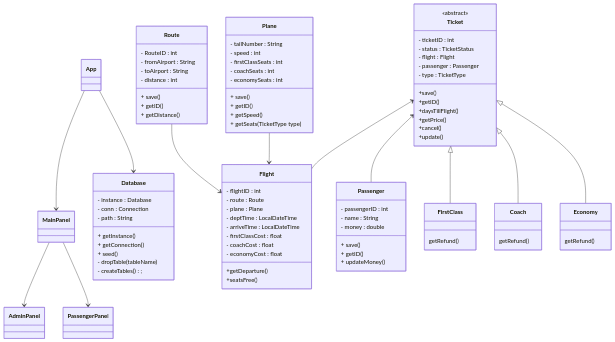
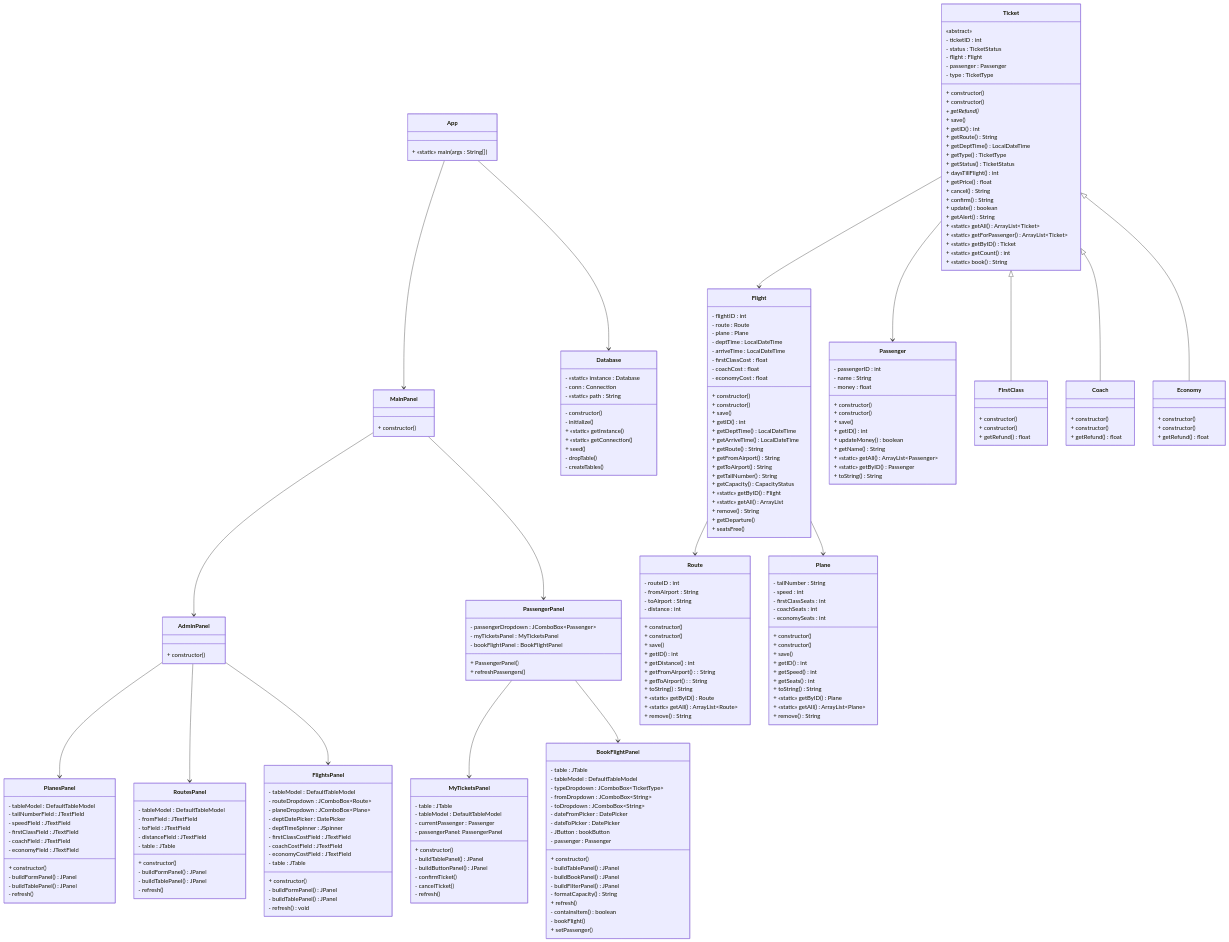
Before and after one commit to CaptainCaswell/COMP371-GroupProject: the diagram in Class Diagram.md, drawn with Mermaid.

Commit message:
Updated to match code.

````diff
--- a/Class Diagram.md
+++ b/Class Diagram.md
@@ -8,51 +8,145 @@
     MainPanel --> AdminPanel
     MainPanel --> PassengerPanel
 
-    Route --> Flight
-    Plane --> Flight
+    AdminPanel --> PlanesPanel
+    AdminPanel --> RoutesPanel
+    AdminPanel --> FlightsPanel
 
-    Ticket <-- Passenger
-    Ticket <-- Flight
+    PassengerPanel --> MyTicketsPanel
+    PassengerPanel --> BookFlightPanel
+
+    Flight --> Route
+    Flight --> Plane
+
+    Ticket --> Passenger
+    Ticket --> Flight
 
     Ticket <|-- FirstClass
     Ticket <|-- Coach
     Ticket <|-- Economy
 
     class App {
+        + «static» main( args : String[] )
+    }
+
+    class Database {
+        - «static» instance : Database
+        - conn : Connection
+        - «static» path : String
+        - constructor()
+        - initialize()
+        + «static» getInstance()
+        + «static» getConnection()
+        + seed()
+        - dropTable()
+        - createTables()
+    }
+
+    class AdminPanel {
+        + constructor()
+    }
+
+    class BookFlightPanel {
+        - table : JTable
+        - tableModel : DefaultTableModel
+        - typeDropdown : JComboBox~TicketType~
+        - fromDropdown : JComboBox~String~
+        - toDropdown : JComboBox~String~
+        - dateFromPicker : DatePicker
+        - dateToPicker : DatePicker
+        - JButton : bookButton
+        - passenger : Passenger
+        + constructor()
+        - buildTablePanel() JPanel
+        - buildBookPanel() JPanel
+        - buildFilterPanel() JPanel
+        - formatCapacity() String
+        + refresh()
+        - containsItem() boolean
+        - bookFlight()
+        + setPassenger()
+    }
+
+    class FlightsPanel {
+        - tableModel : DefaultTableModel
+        - routeDropdown : JComboBox~Route~
+        - planeDropdown : JComboBox~Plane~
+        - deptDatePicker : DatePicker
+        - deptTimeSpinner : JSpinner
+        - firstClassCostField : JTextField
+        - coachCostField : JTextField
+        - economyCostField : JTextField
+        - table : JTable
+        + constructor()
+        - buildFormPanel() JPanel
+        - buildTablePanel() JPanel
+        - refresh() void
+    }
+
+    class MainPanel {
+        + constructor()
+    }
+
+    class MyTicketsPanel {
+        - table : JTable
+        - tableModel : DefaultTableModel
+        - currentPassenger : Passenger
+        - passengerPanel: PassengerPanel
+        + constructor()
+        - buildTablePanel() JPanel
+        - buildButtonPanel() JPanel
+        - confirmTicket()
+        - cancelTicket()
+        - refresh()
+    }
+
+    class RoutesPanel {
+        - tableModel : DefaultTableModel
+        - fromField : JTextField
+        - toField : JTextField
+        - distanceField :  JTextField
+        - table :  JTable
+        + constructor()
+        - buildFormPanel() JPanel
+        - buildTablePanel() JPanel
+        - refresh()
 
     }
 
-    class Database {
-        - instance : Database
-        - conn : Connection
-        - path : String
-        + getInstance()
-        + getConnection()
-        + seed()
-        - dropTable( tableName )
-        - createTables();
-
-    }
-
-    class MainPanel {
-    
-    }
-
-    class AdminPanel {
-
+    class PlanesPanel {
+        - tableModel : DefaultTableModel
+        - tailNumberField : JTextField
+        - speedField : JTextField
+        - firstClassField : JTextField
+        - coachField : JTextField
+        - economyField : JTextField
+        + constructor()
+        - buildFormPanel() JPanel
+        - buildTablePanel() JPanel
+        - refresh()
     }
 
     class PassengerPanel {
-
+        - passengerDropdown : JComboBox~Passenger~
+        - myTicketsPanel : MyTicketsPanel
+        - bookFlightPanel : BookFlightPanel
+        + PassengerPanel()
+        + refreshPassengers()
     }
 
     class Passenger {
         - passengerID : int
         - name : String
-        - money : double
+        - money : float
+        + constructor()
+        + constructor()
         + save()
-        + getID()
-        + updateMoney()
+        + getID() int
+        + updateMoney() boolean
+        + getName() String
+        + «static» getAll() ArrayList~Passenger~
+        + «static» getByID() Passenger
+        + toString() String
     }
 
     class Plane {
@@ -61,25 +155,45 @@
         - firstClassSeats : int
         - coachSeats : int
         - economySeats : int
+        + constructor()
+        + constructor()
         + save()
-        + getID()
-        + getSpeed()
-        + getSeats( TicketType type )
+        + getID() int
+        + getSpeed() int
+        + getSeats() int
+        + toString() String
+        + «static» getByID() Plane
+        + «static» getAll() ArrayList~Plane~
+        + remove() String
     }
 
     class Ticket {
-        <<abstract>>
+        «abstract»
         - ticketID : int
         - status : TicketStatus
         - flight : Flight
         - passenger : Passenger
         - type : TicketType
-        +save()
-        +getID()
-        +daysTillFlight()
-        +getPrice()
-        +cancel()
-        +update()
+        + constructor()
+        + constructor()
+        + getRefund()*
+        + save()
+        + getID() int
+        + getRoute() String
+        + getDeptTime() LocalDateTime
+        + getType() TicketType
+        + getStatus() TicketStatus
+        + daysTillFlight() int
+        + getPrice() float
+        + cancel() String
+        + confirm() String
+        + update() boolean
+        + getAlert() String
+        + «static» getAll() ArrayList~Ticket~
+        + «static» getForPassenger() ArrayList~Ticket~
+        + «static» getByID() Ticket
+        + «static» getCount() int
+        + «static» book() String
     }
 
     class Flight {
@@ -91,30 +205,58 @@
         - firstClassCost : float
         - coachCost : float
         - economyCost : float
-        +getDeparture()
-        +seatsFree()
+        + constructor()
+        + constructor()
+        + save()
+        + getID() int
+        + getDeptTime() LocalDateTime
+        + getArriveTime() LocalDateTime
+        + getRoute() String
+        + getFromAirport() String
+        + getToAirport() String
+        + getTailNumber() String
+        + getCapacity() CapacityStatus
+        + «static» getByID() Flight
+        + «static» getAll() ArrayList<Flight>
+        + remove() String
+        + getDeparture()
+        + seatsFree()
     }
 
     class Route {
-        - RouteID : int
+        - routeID : int
         - fromAirport : String
         - toAirport : String
         - distance : int
+        + constructor()
+        + constructor()
         + save()
-        + getID()
-        + getDistance()
+        + getID() int
+        + getDistance() int
+        + getFromAirport() : String
+        + getToAirport() : String
+        + toString() String
+        + «static» getByID() Route
+        + «static» getAll() ArrayList~Route~
+        + remove() String
     }
 
     class FirstClass {
-        getRefund()
+        + constructor()
+        + constructor()
+        + getRefund() float
     }
 
     class Coach {
-        getRefund()
+        + constructor()
+        + constructor()
+        + getRefund() float
     }
 
     class Economy {
-        getRefund()
+        + constructor()
+        + constructor()
+        + getRefund() float
     }
 
 ```
````
